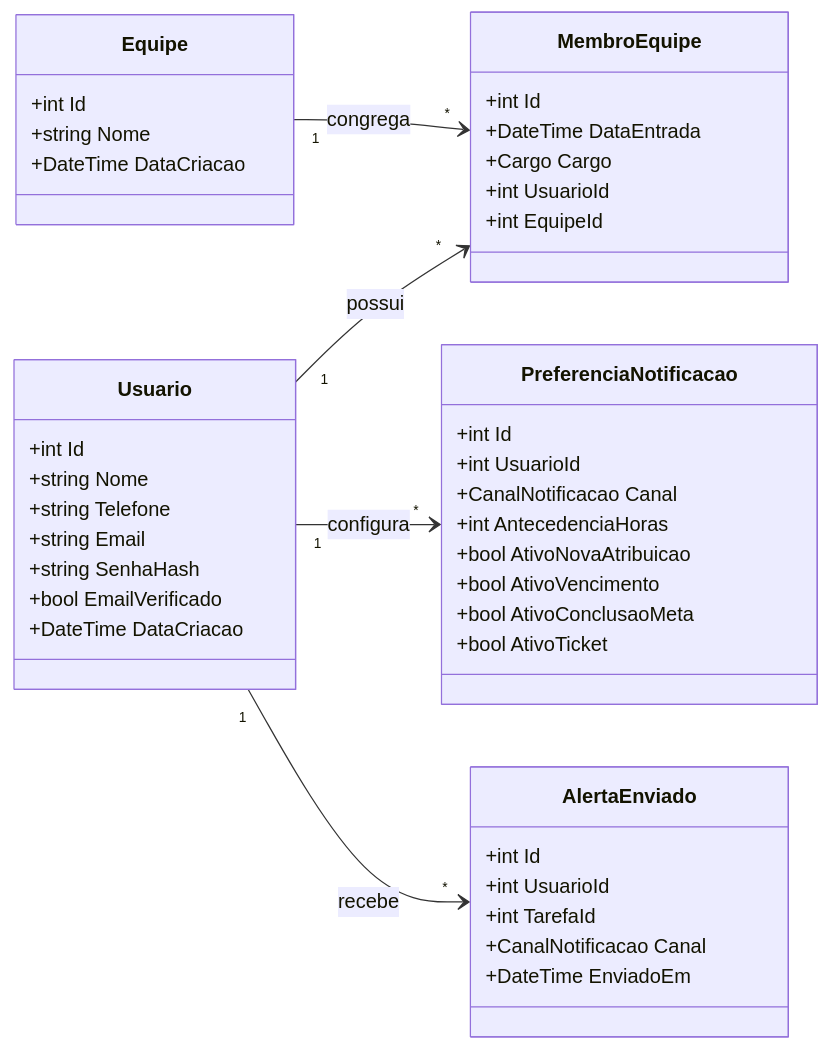
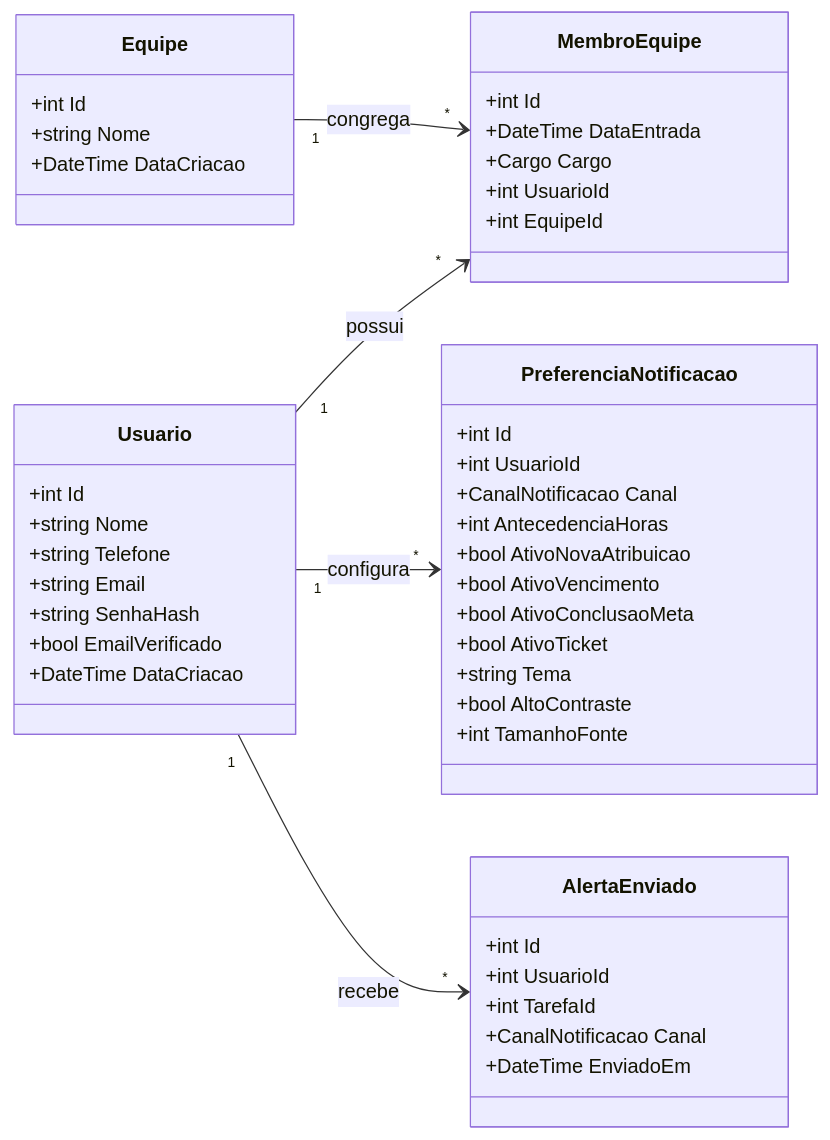
Before and after one commit to aikovlr/Cortex-backend: the fourth of 38 diagrams in DIAGRAMAS.md, drawn with Mermaid. The commit also changed other lines of this file and 30 other files, not shown here.

````diff
--- a/DIAGRAMAS.md
+++ b/DIAGRAMAS.md
@@ -521,52 +563,55 @@
 ```mermaid
 classDiagram
     direction LR
 
     class Usuario {
         +int Id
         +string Nome
         +string Telefone
         +string Email
         +string SenhaHash
         +bool EmailVerificado
         +DateTime DataCriacao
     }
 
     class Equipe {
         +int Id
         +string Nome
         +DateTime DataCriacao
     }
 
     class MembroEquipe {
         +int Id
         +DateTime DataEntrada
         +Cargo Cargo
         +int UsuarioId
         +int EquipeId
     }
 
     class PreferenciaNotificacao {
         +int Id
         +int UsuarioId
         +CanalNotificacao Canal
         +int AntecedenciaHoras
         +bool AtivoNovaAtribuicao
         +bool AtivoVencimento
         +bool AtivoConclusaoMeta
         +bool AtivoTicket
+        +string Tema
+        +bool AltoContraste
+        +int TamanhoFonte
     }
 
     class AlertaEnviado {
         +int Id
         +int UsuarioId
         +int TarefaId
         +CanalNotificacao Canal
         +DateTime EnviadoEm
     }
 
     Usuario "1" --> "*" MembroEquipe : possui
     Equipe "1" --> "*" MembroEquipe : congrega
     Usuario "1" --> "*" PreferenciaNotificacao : configura
     Usuario "1" --> "*" AlertaEnviado : recebe
 ```
````
